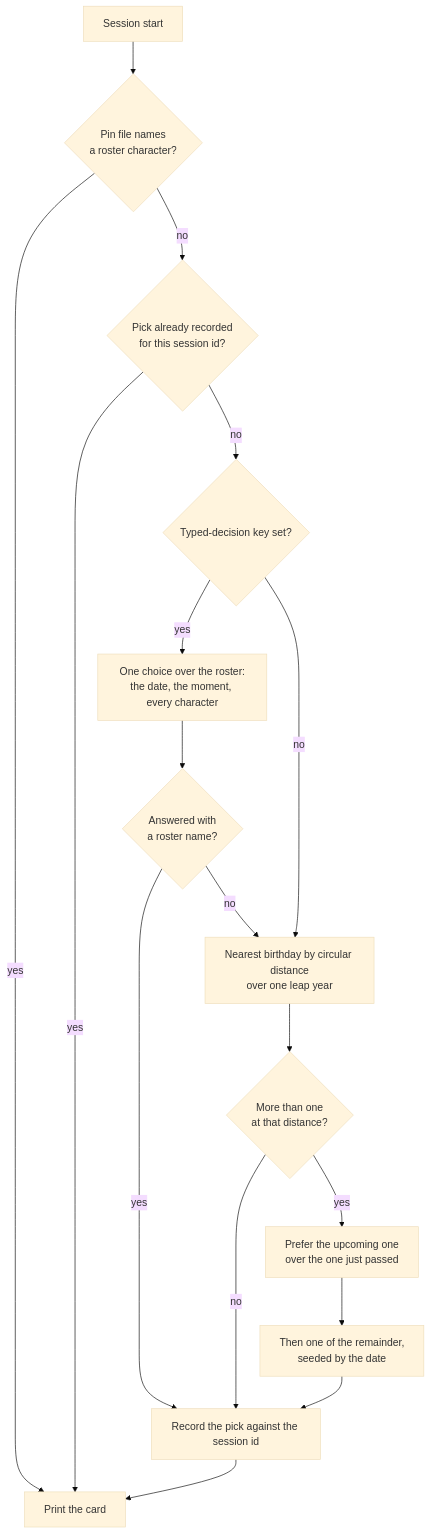
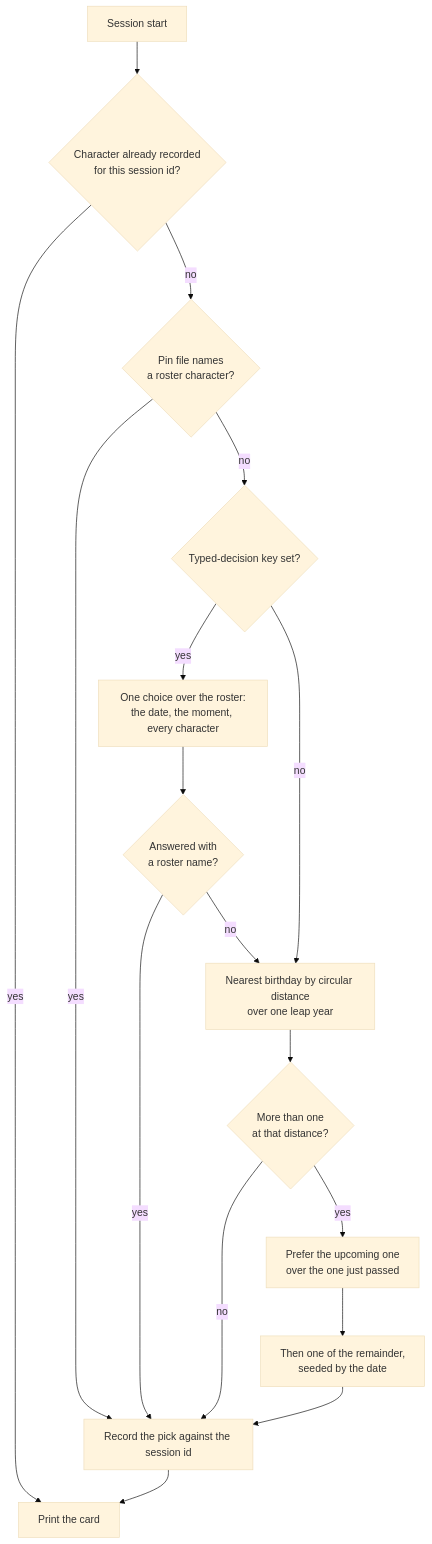
Before and after one commit to Esposter/Esposter: the second of 5 diagrams in apps/web/content/docs/infra/claude-interface/persona-plugin.md, drawn with Mermaid (base theme). The commit also changed other lines of this file and 25 other files, not shown here.

First line of the commit message:
feat(genshin-persona): a character for this session alone, switched in the reply that asks

````diff
--- a/apps/web/content/docs/infra/claude-interface/persona-plugin.md
+++ b/apps/web/content/docs/infra/claude-interface/persona-plugin.md
@@ -69,32 +69,32 @@
 ```mermaid
 flowchart TD
     Start[Session start]
+    Known{Character already recorded<br/>for this session id?}
     Pinned{Pin file names<br/>a roster character?}
-    Known{Pick already recorded<br/>for this session id?}
     Key{Typed-decision key set?}
     Lore[One choice over the roster:<br/>the date, the moment, every character]
     Answered{Answered with<br/>a roster name?}
     Nearest[Nearest birthday by circular distance<br/>over one leap year]
     Tie{More than one<br/>at that distance?}
     Upcoming[Prefer the upcoming one<br/>over the one just passed]
     Seeded[Then one of the remainder,<br/>seeded by the date]
     Record[Record the pick against the session id]
     Print[Print the card]
 
-    Start --> Pinned
-    Pinned -- yes --> Print
-    Pinned -- no --> Known
+    Start --> Known
     Known -- yes --> Print
-    Known -- no --> Key
+    Known -- no --> Pinned
+    Pinned -- yes --> Record
+    Pinned -- no --> Key
     Key -- yes --> Lore
     Key -- no --> Nearest
     Lore --> Answered
     Answered -- yes --> Record
     Answered -- no --> Nearest
     Nearest --> Tie
     Tie -- no --> Record
     Tie -- yes --> Upcoming
     Upcoming --> Seeded
     Seeded --> Record
     Record --> Print
 ```
````
